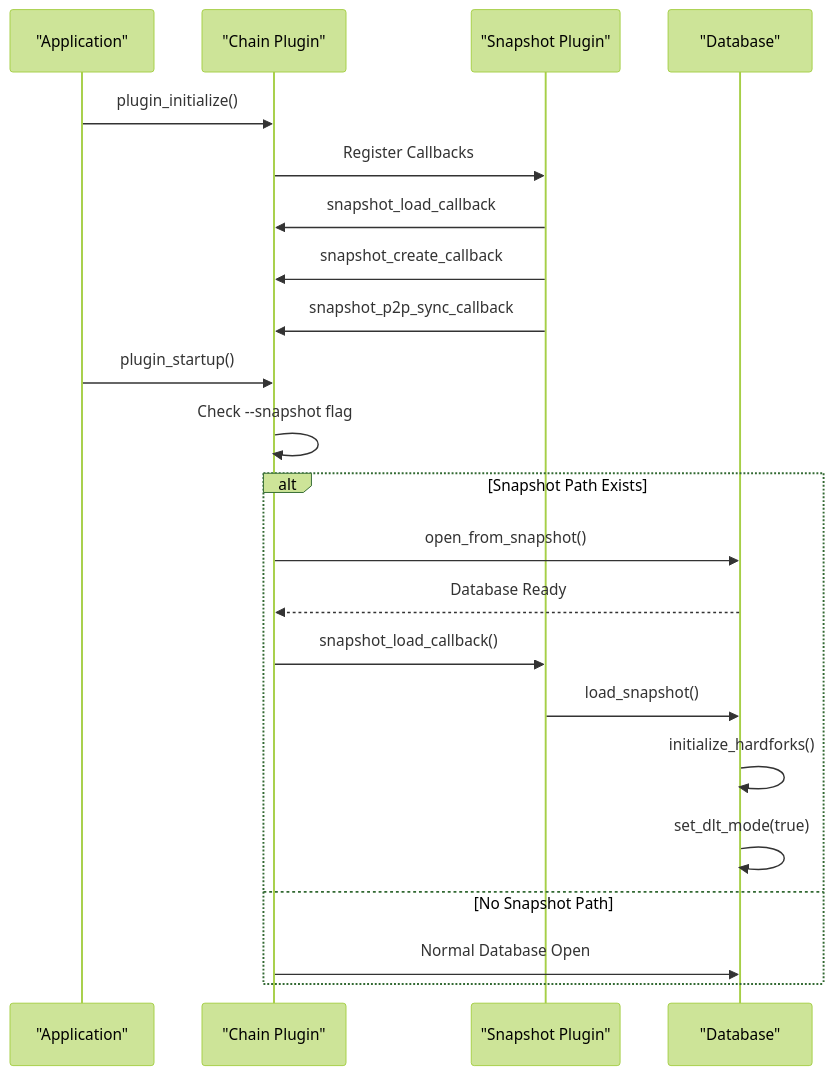
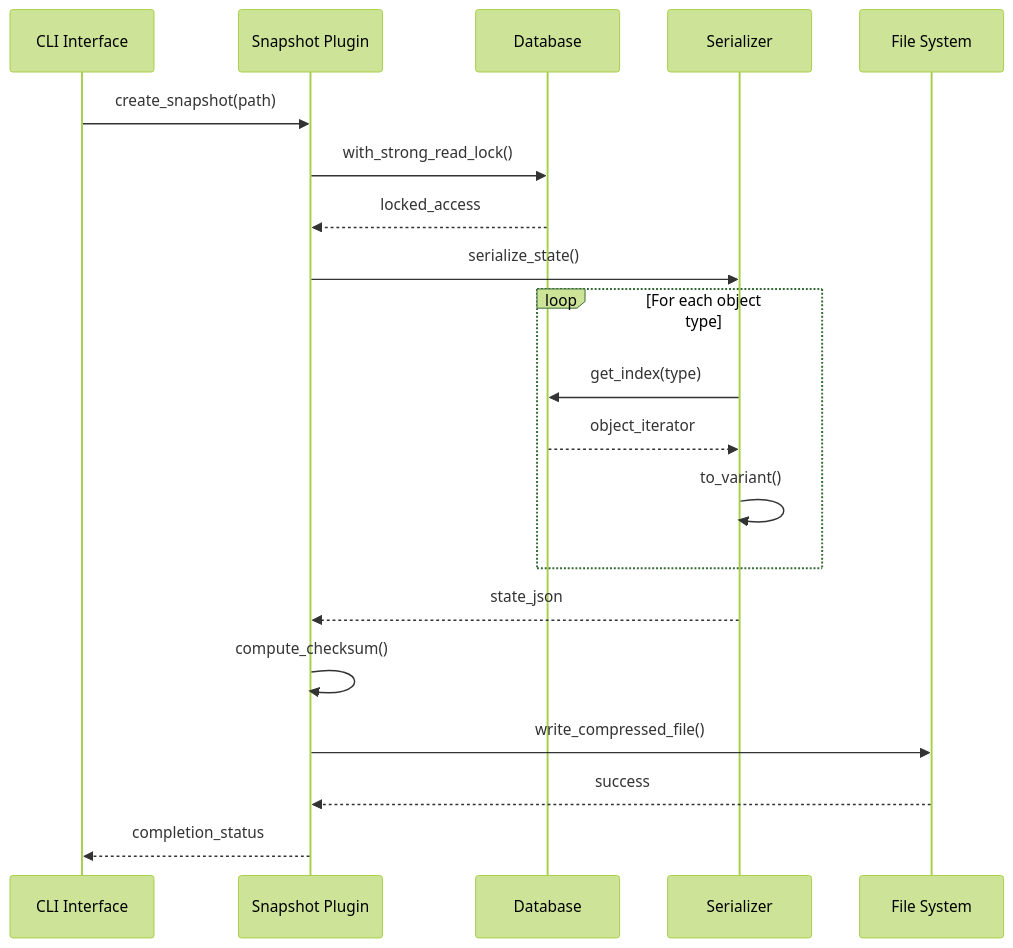
One commit to VIZ-Blockchain/viz-cpp-node changed the third of 6 diagrams in .qoder/repowiki/en/content/Plugin System/Snapshot Plugin System.md. Above: the diagram before and after it, drawn with Mermaid (forest theme). The commit also changed other lines of this file and 8 other files, not shown here.

````diff
--- a/.qoder/repowiki/en/content/Plugin System/Snapshot Plugin System.md
+++ b/.qoder/repowiki/en/content/Plugin System/Snapshot Plugin System.md
@@ -608,24 +150,22 @@
 ```mermaid
 sequenceDiagram
-participant App as "Application"
-participant Chain as "Chain Plugin"
-participant Snap as "Snapshot Plugin"
-participant DB as "Database"
-App->>Chain : plugin_initialize()
-Chain->>Snap : Register Callbacks
-Snap->>Chain : snapshot_load_callback
-Snap->>Chain : snapshot_create_callback
-Snap->>Chain : snapshot_p2p_sync_callback
-App->>Chain : plugin_startup()
-Chain->>Chain : Check --snapshot flag
-alt Snapshot Path Exists
-Chain->>DB : open_from_snapshot()
-DB-->>Chain : Database Ready
-Chain->>Snap : snapshot_load_callback()
-Snap->>DB : load_snapshot()
-DB->>DB : initialize_hardforks()
-DB->>DB : set_dlt_mode(true)
-else No Snapshot Path
-Chain->>DB : Normal Database Open
+participant CLI as CLI Interface
+participant Plugin as Snapshot Plugin
+participant DB as Database
+participant Serializer as Serializer
+participant FileSys as File System
+CLI->>Plugin : create_snapshot(path)
+Plugin->>DB : with_strong_read_lock()
+DB-->>Plugin : locked_access
+Plugin->>Serializer : serialize_state()
+loop For each object type
+Serializer->>DB : get_index(type)
+DB-->>Serializer : object_iterator
+Serializer->>Serializer : to_variant()
 end
+Serializer-->>Plugin : state_json
+Plugin->>Plugin : compute_checksum()
+Plugin->>FileSys : write_compressed_file()
+FileSys-->>Plugin : success
+Plugin-->>CLI : completion_status
 ```
````
